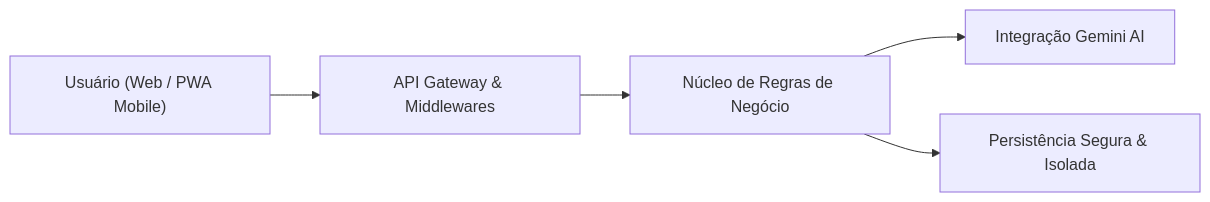
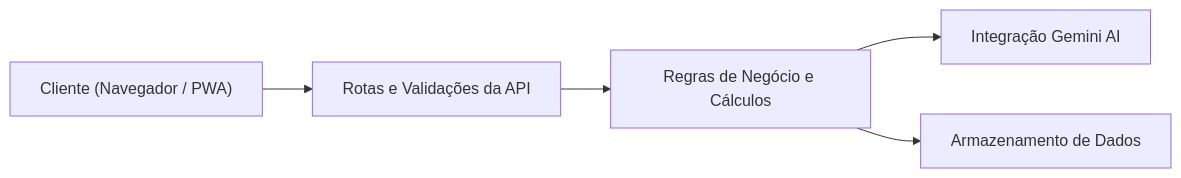
Before and after one commit to robsonlllourenco/NexFinance: the diagram in README.md, drawn with Mermaid. The commit also changed other lines of this file and 2 other files, not shown here.

````diff
--- a/README.md
+++ b/README.md
@@ -124,7 +128,7 @@
 ```mermaid
 flowchart LR
-    A["Usuário (Web / PWA Mobile)"] --> B["API Gateway & Middlewares"]
-    B --> C["Núcleo de Regras de Negócio"]
+    A["Cliente (Navegador / PWA)"] --> B["Rotas e Validações da API"]
+    B --> C["Regras de Negócio e Cálculos"]
     C --> D["Integração Gemini AI"]
-    C --> E["Persistência Segura & Isolada"]
+    C --> E["Armazenamento de Dados"]
 ```
````
